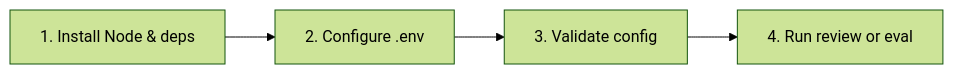
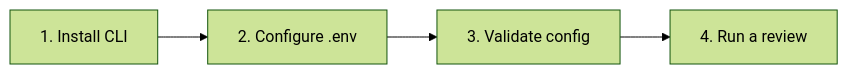
One commit to sebastianwessel/codereviewer changed the diagram in docs/getting-started/quick-setup.md. Above: the diagram before and after it, drawn with Mermaid (forest theme). The commit also changed other lines of this file and 13 other files, not shown here.

````diff
--- a/docs/getting-started/quick-setup.md
+++ b/docs/getting-started/quick-setup.md
@@ -19,6 +19,6 @@
 ```mermaid
 flowchart LR
-  A["1. Install Node & deps"] --> B["2. Configure .env"]
+  A["1. Install CLI"] --> B["2. Configure .env"]
   B --> C["3. Validate config"]
-  C --> D["4. Run review or eval"]
+  C --> D["4. Run a review"]
 ```
````
